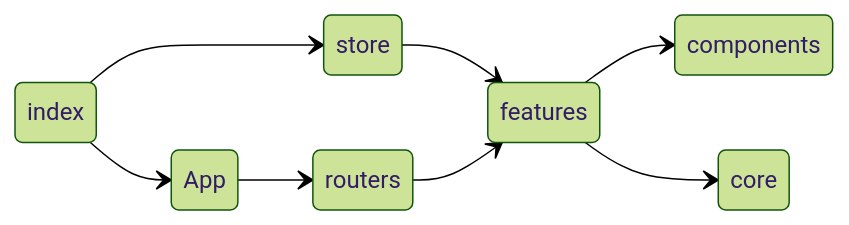
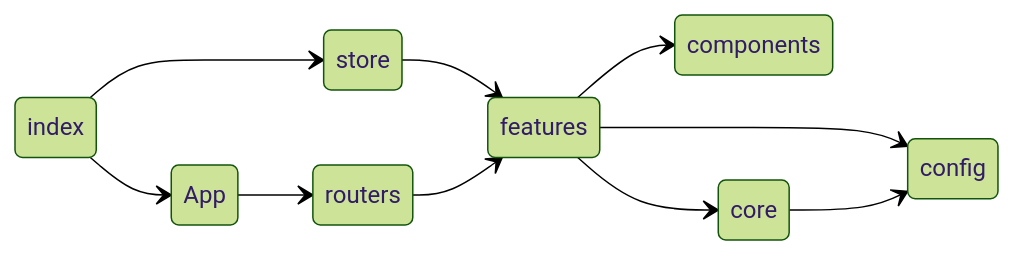
One commit to yamagame/react-typescript-starter-app changed the diagram in README.md. Above: the diagram before and after it, drawn with Mermaid (forest theme).

Commit message:
依存関係の図にconfigを追加

````diff
--- a/README.md
+++ b/README.md
@@ -9,11 +9,13 @@
 ```mermaid
 stateDiagram
   direction LR
   index --> App
   index --> store
   App --> routers
   store --> features
   routers --> features
   features --> components
   features --> core
+  features --> config
+  core --> config
 ```
````
